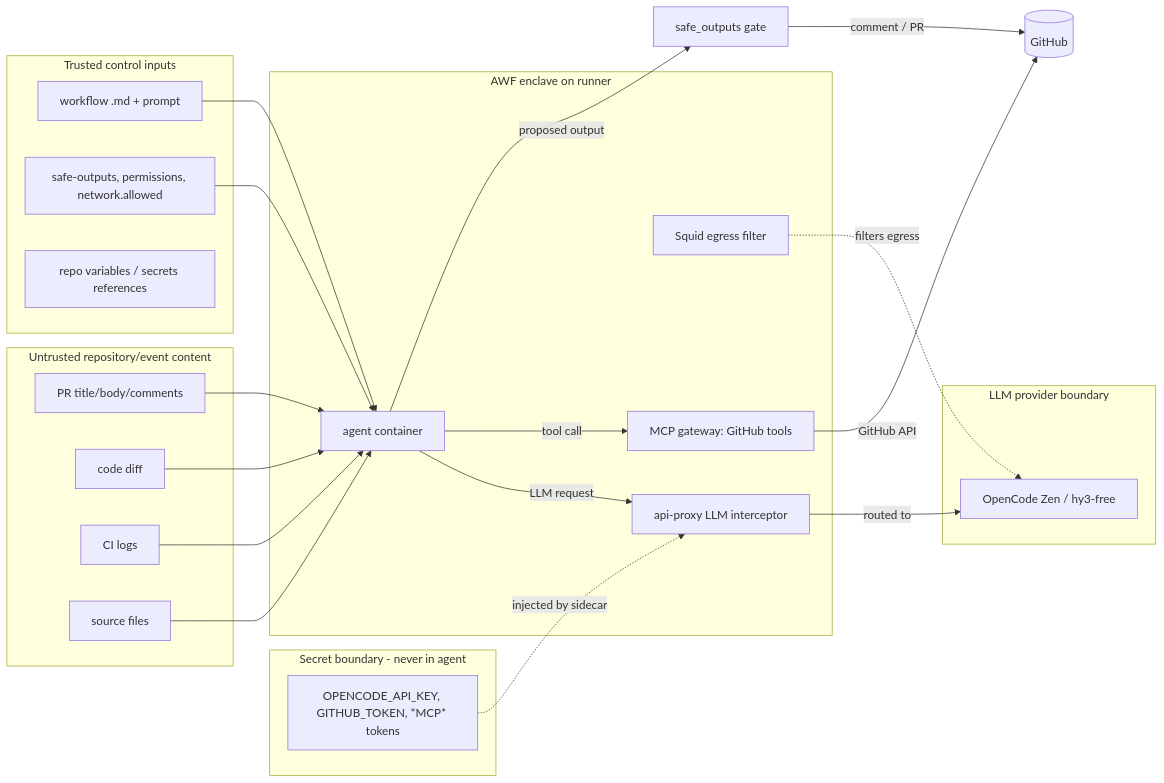
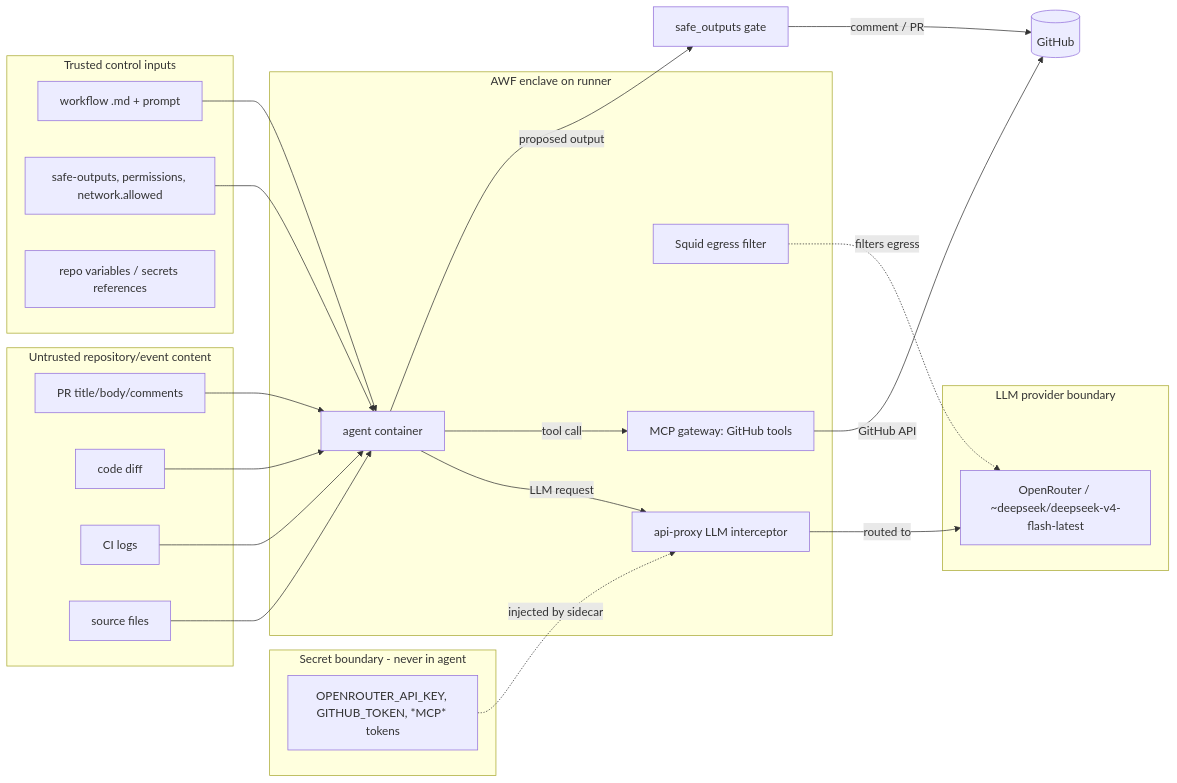
The second of 4 diagrams in docs/agentic-workflows/architecture.md (lorenzogirardi/fastapi-testapp), drawn with Mermaid before and after one commit. The commit also changed other lines of this file and 14 other files, not shown here.

First line of the commit message:
gh-aw: switch LLM provider from OpenCode Zen to OpenRouter

````diff
--- a/docs/agentic-workflows/architecture.md
+++ b/docs/agentic-workflows/architecture.md
@@ -65,39 +66,39 @@
 ```mermaid
 flowchart LR
   subgraph TrustedControl[Trusted control inputs]
     WFsrc[workflow .md + prompt]
     Policy[safe-outputs, permissions, network.allowed]
     Vars[repo variables / secrets references]
   end
   subgraph Untrusted[Untrusted repository/event content]
     PRtext[PR title/body/comments]
     Diff[code diff]
     Logs[CI logs]
     Code[source files]
   end
   subgraph Secrets[Secret boundary - never in agent]
-    SEC[OPENCODE_API_KEY, GITHUB_TOKEN, *MCP* tokens]
+    SEC[OPENROUTER_API_KEY, GITHUB_TOKEN, *MCP* tokens]
   end
   subgraph Runner[AWF enclave on runner]
     Squid[Squid egress filter]
     Proxy[api-proxy LLM interceptor]
     MCP[MCP gateway: GitHub tools]
     AgentC[agent container]
   end
   subgraph Provider[LLM provider boundary]
-    Zen[OpenCode Zen / hy3-free]
+    OpenRouter[OpenRouter / ~deepseek/deepseek-v4-flash-latest]
   end
 
   WFsrc --> AgentC
   PRtext --> AgentC
   Diff --> AgentC
   Logs --> AgentC
   Code --> AgentC
   Policy --> AgentC
-  AgentC -->|LLM request| Proxy -->|routed to| Zen
+  AgentC -->|LLM request| Proxy -->|routed to| OpenRouter
   SEC -.injected by sidecar.-> Proxy
   AgentC -->|tool call| MCP -->|GitHub API| GH[(GitHub)]
   AgentC -->|proposed output| SafeOut[safe_outputs gate]
   SafeOut -->|comment / PR| GH
-  Squid -.filters egress.-> Zen
+  Squid -.filters egress.-> OpenRouter
 ```
````
